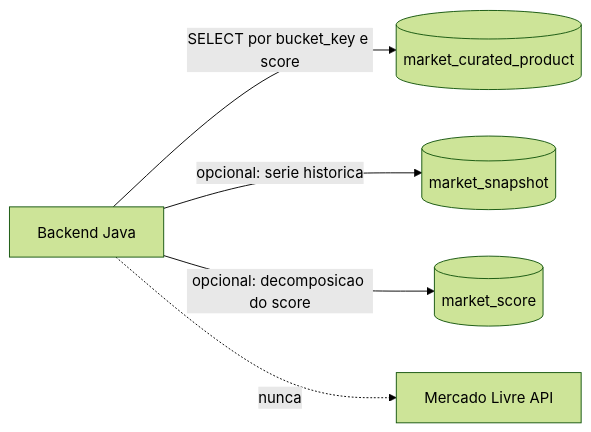
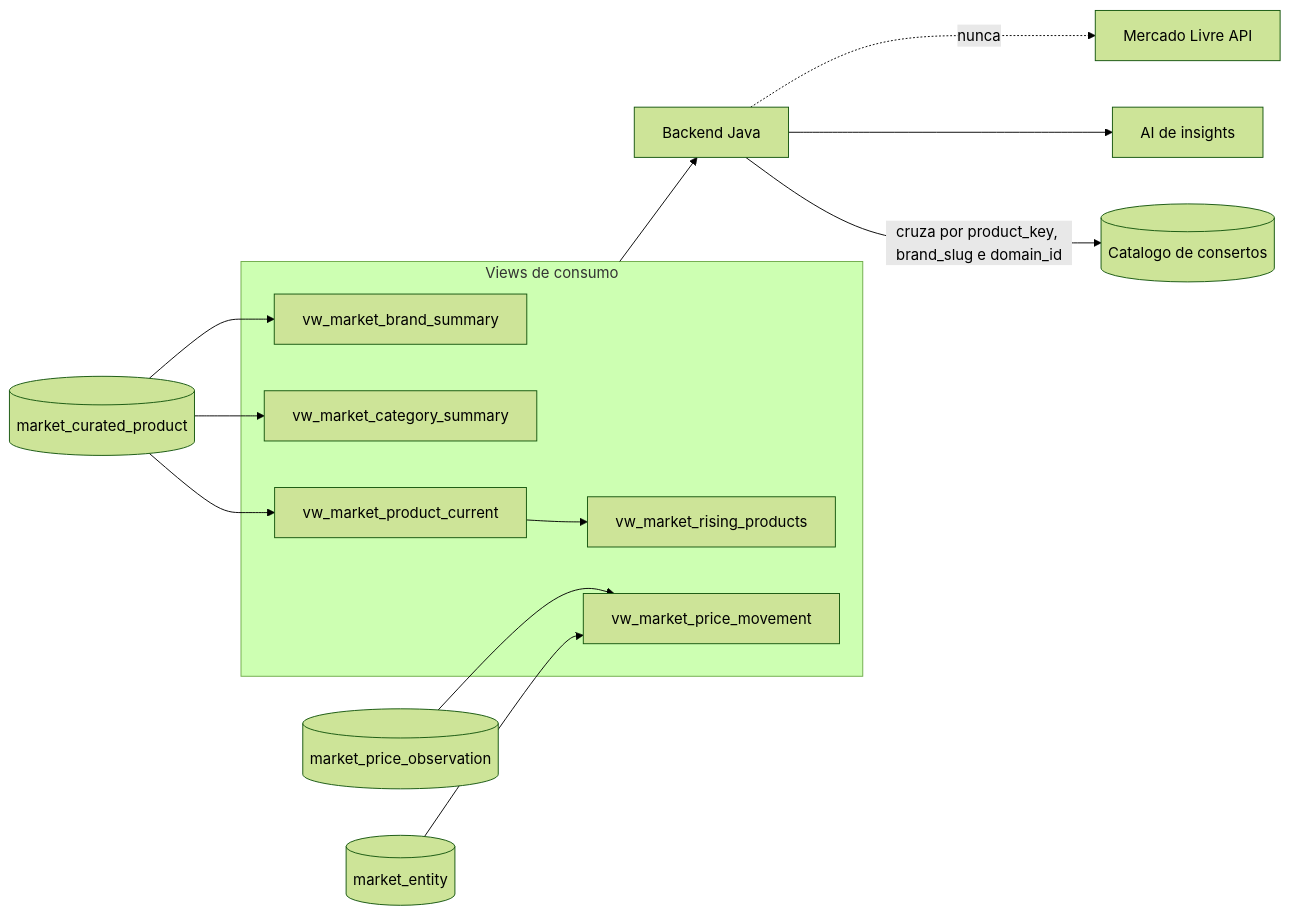
Diagram 12 of 12 in README.md (undercontroll-inc/etl), drawn with Mermaid (forest theme) before and after one commit. The commit also changed other lines of this file and 21 other files, not shown here.

````diff
--- a/README.md
+++ b/README.md
@@ -435,7 +556,22 @@
 ```mermaid
 flowchart LR
-    Java["Backend Java"] -->|"SELECT por bucket_key e score"| Curated[("market_curated_product")]
-    Java -->|"opcional: serie historica"| Snap[("market_snapshot")]
-    Java -->|"opcional: decomposicao do score"| Score[("market_score")]
+    subgraph views [Views de consumo]
+        V1["vw_market_product_current"]
+        V2["vw_market_rising_products"]
+        V3["vw_market_category_summary"]
+        V4["vw_market_brand_summary"]
+        V5["vw_market_price_movement"]
+    end
+
+    Curated[("market_curated_product")] --> V1
+    Curated --> V3
+    Curated --> V4
+    V1 --> V2
+    Price[("market_price_observation")] --> V5
+    Entity[("market_entity")] --> V5
+
+    views --> Java["Backend Java"]
+    Java -->|"cruza por product_key, brand_slug e domain_id"| Repairs[("Catalogo de consertos")]
+    Java --> AI["AI de insights"]
     Java -.->|"nunca"| ML["Mercado Livre API"]
 ```
````
